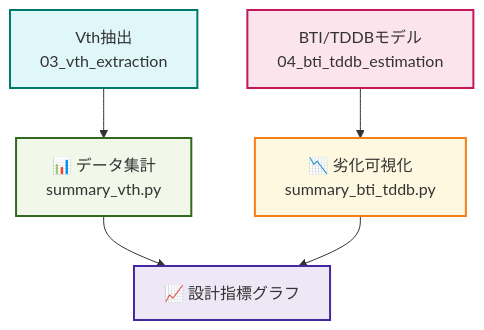
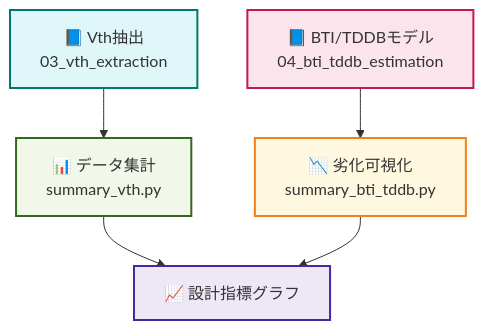
The diagram in e_chapter2_sky130_experiments/05_data_summary/README.md (Samizo-AITL/Edusemi-v4x), drawn with Mermaid before and after one commit. The commit also changed other lines of this file, not shown here.

````diff
--- a/e_chapter2_sky130_experiments/05_data_summary/README.md
+++ b/e_chapter2_sky130_experiments/05_data_summary/README.md
@@ -70,12 +70,12 @@
 ```mermaid
 graph TD
-  A[Vth抽出<br>03_vth_extraction] --> B[📊 データ集計<br>summary_vth.py]
-  C[BTI/TDDBモデル<br>04_bti_tddb_estimation] --> D[📉 劣化可視化<br>summary_bti_tddb.py]
+  A[📘 Vth抽出<br>03_vth_extraction] --> B[📊 データ集計<br>summary_vth.py]
+  C[📘 BTI/TDDBモデル<br>04_bti_tddb_estimation] --> D[📉 劣化可視化<br>summary_bti_tddb.py]
   B --> E[📈 設計指標グラフ]
   D --> E
   style A fill:#e0f7fa,stroke:#00796b,stroke-width:2px
   style C fill:#fce4ec,stroke:#c2185b,stroke-width:2px
   style B fill:#f1f8e9,stroke:#33691e,stroke-width:2px
   style D fill:#fff8e1,stroke:#f57f17,stroke-width:2px
   style E fill:#ede7f6,stroke:#4527a0,stroke-width:2px
 ```
````
